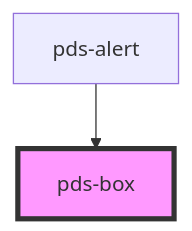
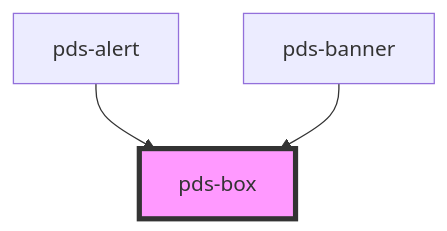
The diagram in libs/core/src/components/pds-box/readme.md (Kajabi/pine), drawn with Mermaid before and after one commit. The commit also changed other lines of this file and 2 other files, not shown here.

Commit message:
chore: merge conflicts

````diff
--- a/libs/core/src/components/pds-box/readme.md
+++ b/libs/core/src/components/pds-box/readme.md
@@ -58,5 +59,6 @@
 ```mermaid
 graph TD;
   pds-alert --> pds-box
+  pds-banner --> pds-box
   style pds-box fill:#f9f,stroke:#333,stroke-width:4px
 ```
````
